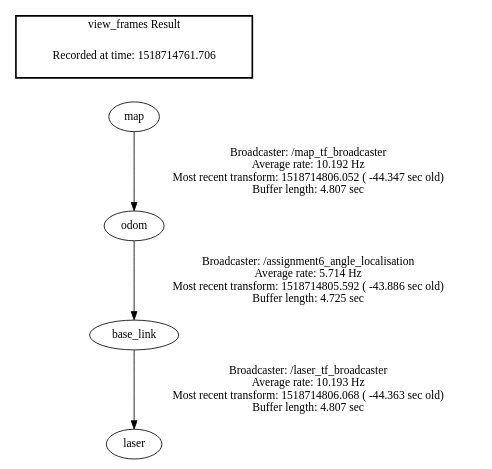
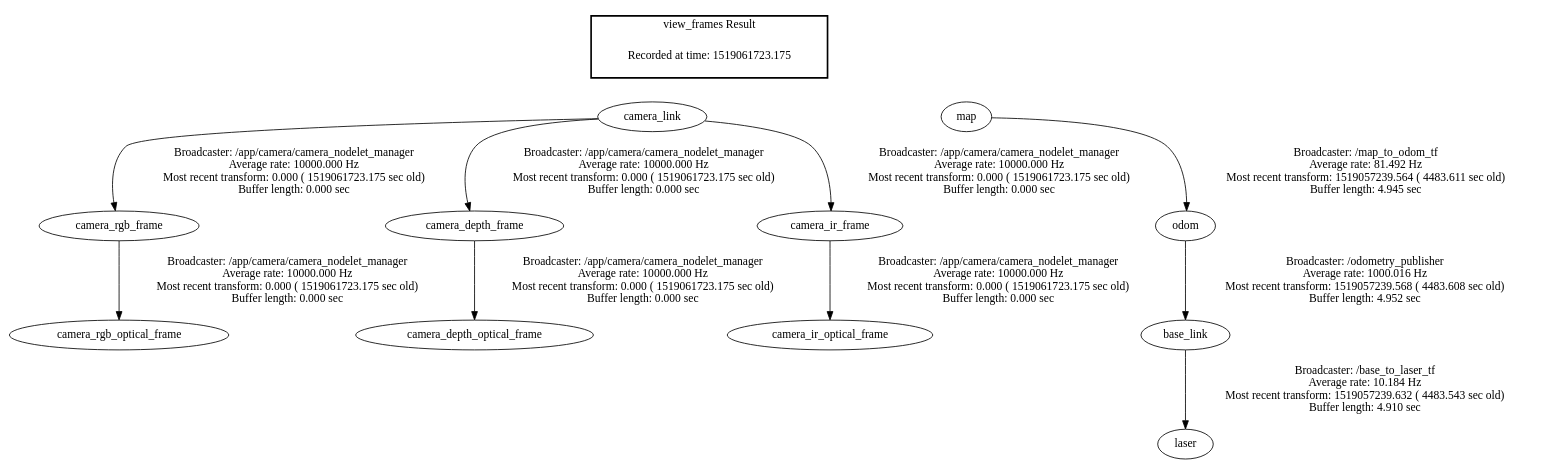
One commit to godicked/catkin_ws changed the diagram in src/frames.gv. Above: the diagram before and after it, drawn with Graphviz. The commit also changed 12 other files, not shown here.

Commit message:
c++ odom_to_map node

```diff
--- a/src/frames.gv
+++ b/src/frames.gv
@@ -1,9 +1,19 @@
 digraph G {
-"odom" -> "base_link"[label="Broadcaster: /assignment6_angle_localisation\nAverage rate: 5.714 Hz\nMost recent transform: 1518714805.592 ( -43.886 sec old)\nBuffer length: 4.725 sec\n"];
-"map" -> "odom"[label="Broadcaster: /map_tf_broadcaster\nAverage rate: 10.192 Hz\nMost recent transform: 1518714806.052 ( -44.347 sec old)\nBuffer length: 4.807 sec\n"];
-"base_link" -> "laser"[label="Broadcaster: /laser_tf_broadcaster\nAverage rate: 10.193 Hz\nMost recent transform: 1518714806.068 ( -44.363 sec old)\nBuffer length: 4.807 sec\n"];
+"camera_link" -> "camera_rgb_frame"[label="Broadcaster: /app/camera/camera_nodelet_manager\nAverage rate: 10000.000 Hz\nMost recent transform: 0.000 ( 1519061723.175 sec old)\nBuffer length: 0.000 sec\n"];
+"camera_rgb_frame" -> "camera_rgb_optical_frame"[label="Broadcaster: /app/camera/camera_nodelet_manager\nAverage rate: 10000.000 Hz\nMost recent transform: 0.000 ( 1519061723.175 sec old)\nBuffer length: 0.000 sec\n"];
+"camera_link" -> "camera_depth_frame"[label="Broadcaster: /app/camera/camera_nodelet_manager\nAverage rate: 10000.000 Hz\nMost recent transform: 0.000 ( 1519061723.175 sec old)\nBuffer length: 0.000 sec\n"];
+"camera_depth_frame" -> "camera_depth_optical_frame"[label="Broadcaster: /app/camera/camera_nodelet_manager\nAverage rate: 10000.000 Hz\nMost recent transform: 0.000 ( 1519061723.175 sec old)\nBuffer length: 0.000 sec\n"];
+"camera_link" -> "camera_ir_frame"[label="Broadcaster: /app/camera/camera_nodelet_manager\nAverage rate: 10000.000 Hz\nMost recent transform: 0.000 ( 1519061723.175 sec old)\nBuffer length: 0.000 sec\n"];
+"camera_ir_frame" -> "camera_ir_optical_frame"[label="Broadcaster: /app/camera/camera_nodelet_manager\nAverage rate: 10000.000 Hz\nMost recent transform: 0.000 ( 1519061723.175 sec old)\nBuffer length: 0.000 sec\n"];
+"odom" -> "base_link"[label="Broadcaster: /odometry_publisher\nAverage rate: 1000.016 Hz\nMost recent transform: 1519057239.568 ( 4483.608 sec old)\nBuffer length: 4.952 sec\n"];
+"map" -> "odom"[label="Broadcaster: /map_to_odom_tf\nAverage rate: 81.492 Hz\nMost recent transform: 1519057239.564 ( 4483.611 sec old)\nBuffer length: 4.945 sec\n"];
+"base_link" -> "laser"[label="Broadcaster: /base_to_laser_tf\nAverage rate: 10.184 Hz\nMost recent transform: 1519057239.632 ( 4483.543 sec old)\nBuffer length: 4.910 sec\n"];
 edge [style=invis];
  subgraph cluster_legend { style=bold; color=black; label ="view_frames Result";
-"Recorded at time: 1518714761.706"[ shape=plaintext ] ;
+"Recorded at time: 1519061723.175"[ shape=plaintext ] ;
+ }->"camera_link";
+edge [style=invis];
+ subgraph cluster_legend { style=bold; color=black; label ="view_frames Result";
+"Recorded at time: 1519061723.175"[ shape=plaintext ] ;
  }->"map";
 }
```
